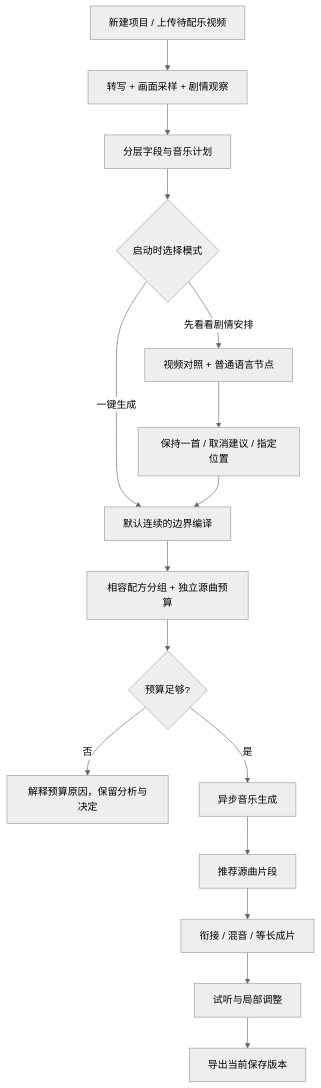
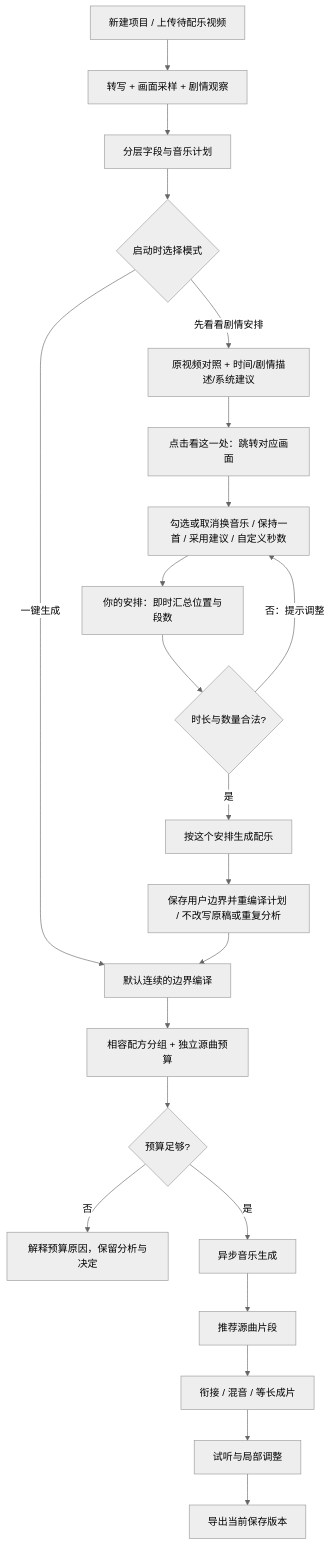
One commit to Dehydration630/leitcue-demo changed the first of 4 diagrams in docs/ARCHITECTURE.md. Above: the diagram before and after it, drawn with Mermaid (neutral theme). The commit also changed other lines of this file and 1 other file, not shown here.

Commit message:
Detail creator arrangement interactions and refine flow typography

````diff
--- a/docs/ARCHITECTURE.md
+++ b/docs/ARCHITECTURE.md
@@ -12,18 +24,24 @@
 ```mermaid
 flowchart TD
   U[新建项目 / 上传待配乐视频] --> A[转写 + 画面采样 + 剧情观察]
   A --> P[分层字段与音乐计划]
   P --> Mode{启动时选择模式}
   Mode -->|一键生成| C[默认连续的边界编译]
-  Mode -->|先看看剧情安排| H[视频对照 + 普通语言节点]
-  H --> Choice[保持一首 / 取消建议 / 指定位置]
-  Choice --> C
+  Mode -->|先看看剧情安排| H[原视频对照 + 时间/剧情描述/系统建议]
+  H --> View[点击看这一处：跳转对应画面]
+  View --> Choice[勾选或取消换音乐 / 保持一首 / 采用建议 / 自定义秒数]
+  Choice --> Summary[你的安排：即时汇总位置与段数]
+  Summary --> Valid{时长与数量合法?}
+  Valid -->|否：提示调整| Choice
+  Valid -->|是| Confirm[按这个安排生成配乐]
+  Confirm --> Apply[保存用户边界并重编译计划 / 不改写原稿或重复分析]
+  Apply --> C
   C --> Group[相容配方分组 + 独立源曲预算]
   Group --> Budget{预算足够?}
   Budget -->|否| B[解释预算原因，保留分析与决定]
   Budget -->|是| Music[异步音乐生成]
   Music --> Excerpt[推荐源曲片段]
   Excerpt --> Mix[衔接 / 混音 / 等长成片]
   Mix --> Listen[试听与局部调整]
   Listen --> Export[导出当前保存版本]
 ```
````
